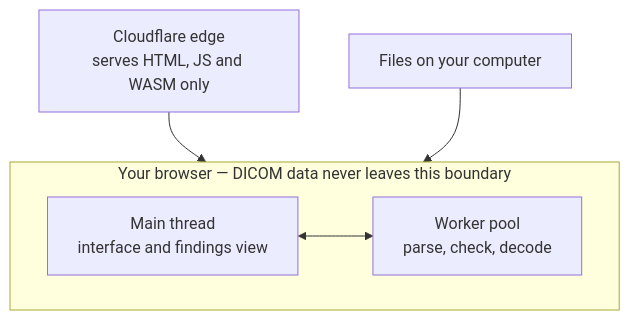
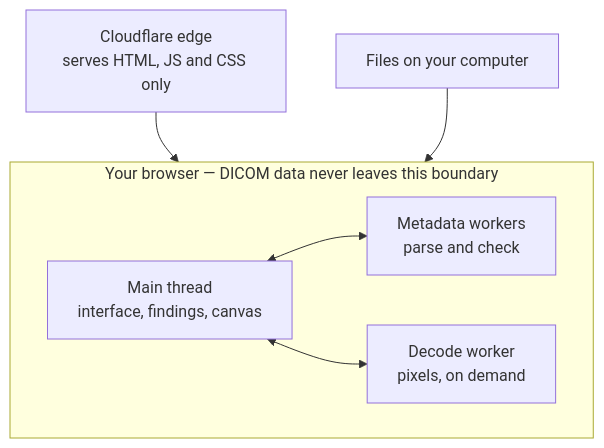
Before and after one commit to raihanvaheed/scanlint: the first of 3 diagrams in README.md, drawn with Mermaid. The commit also changed other lines of this file, not shown here.

````diff
--- a/README.md
+++ b/README.md
@@ -101,12 +124,14 @@
 ```mermaid
 flowchart TB
-    edge["Cloudflare edge<br/>serves HTML, JS and WASM only"]
+    edge["Cloudflare edge<br/>serves HTML, JS and CSS only"]
     subgraph browser["Your browser — DICOM data never leaves this boundary"]
-        ui["Main thread<br/>interface and findings view"]
-        pool["Worker pool<br/>parse, check, decode"]
+        ui["Main thread<br/>interface, findings, canvas"]
+        pool["Metadata workers<br/>parse and check"]
+        pix["Decode worker<br/>pixels, on demand"]
         ui <--> pool
+        ui <--> pix
     end
     disk["Files on your computer"]
     edge --> browser
     disk --> browser
 ```
````
